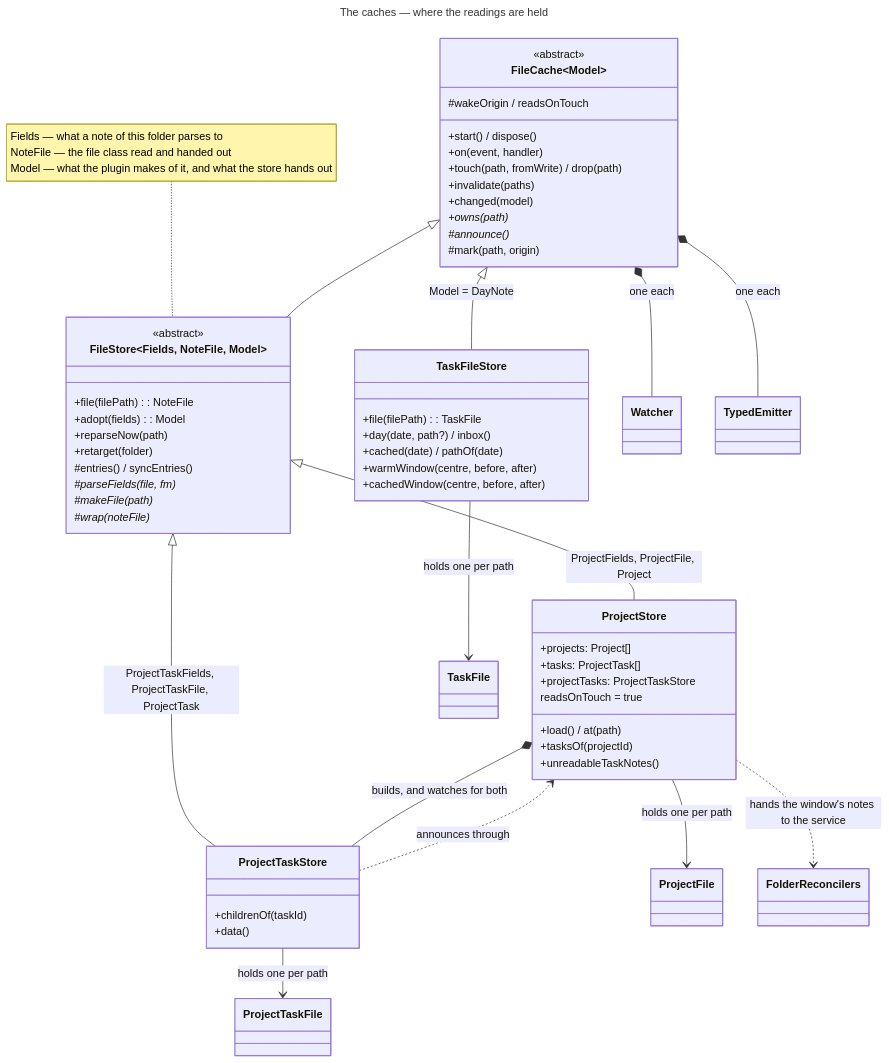
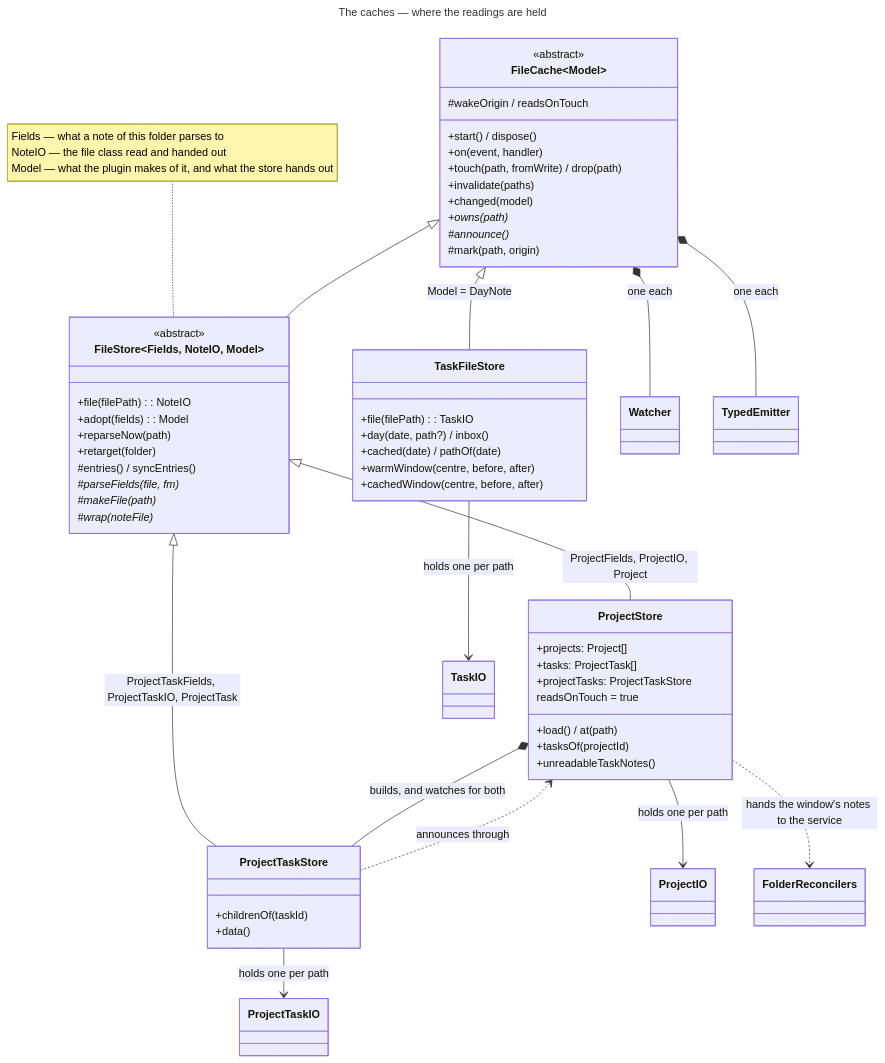
One commit to Laurent-Ferier/pm-compass changed the diagram in docs/technical/diagrams/stores.mmd. Above: the diagram before and after it, drawn with Mermaid. The commit also changed 70 other files, not shown here.

```diff
--- a/docs/technical/diagrams/stores.mmd
+++ b/docs/technical/diagrams/stores.mmd
@@ -1,69 +1,69 @@
 ---
 title: The caches — where the readings are held
 ---
 classDiagram
   direction TB
 
   class FileCache~Model~ {
     <<abstract>>
     +start() / dispose()
     +on(event, handler)
     +touch(path, fromWrite) / drop(path)
     +invalidate(paths)
     +changed(model)
     +owns(path)*
     #announce()*
     #mark(path, origin)
     #wakeOrigin / readsOnTouch
   }
 
-  class FileStore~Fields, NoteFile, Model~ {
+  class FileStore~Fields, NoteIO, Model~ {
     <<abstract>>
-    +file(filePath): NoteFile
+    +file(filePath): NoteIO
     +adopt(fields): Model
     +reparseNow(path)
     +retarget(folder)
     #entries() / syncEntries()
     #parseFields(file, fm)*
     #makeFile(path)*
     #wrap(noteFile)*
   }
 
   class ProjectStore {
     +projects: Project[]
     +tasks: ProjectTask[]
     +projectTasks: ProjectTaskStore
     +load() / at(path)
     +tasksOf(projectId)
     +unreadableTaskNotes()
     readsOnTouch = true
   }
 
   class ProjectTaskStore {
     +childrenOf(taskId)
     +data()
   }
 
   class TaskFileStore {
-    +file(filePath): TaskFile
+    +file(filePath): TaskIO
     +day(date, path?) / inbox()
     +cached(date) / pathOf(date)
     +warmWindow(centre, before, after)
     +cachedWindow(centre, before, after)
   }
 
-  note for FileStore "Fields — what a note of this folder parses to<br/>NoteFile — the file class read and handed out<br/>Model — what the plugin makes of it, and what the store hands out"
+  note for FileStore "Fields — what a note of this folder parses to<br/>NoteIO — the file class read and handed out<br/>Model — what the plugin makes of it, and what the store hands out"
 
   FileCache <|-- FileStore
   FileCache <|-- TaskFileStore : Model = DayNote
-  FileStore <|-- ProjectStore : ProjectFields, ProjectFile, Project
-  FileStore <|-- ProjectTaskStore : ProjectTaskFields, ProjectTaskFile, ProjectTask
+  FileStore <|-- ProjectStore : ProjectFields, ProjectIO, Project
+  FileStore <|-- ProjectTaskStore : ProjectTaskFields, ProjectTaskIO, ProjectTask
 
   ProjectStore *-- ProjectTaskStore : builds, and watches for both
   FileCache *-- Watcher : one each
   FileCache *-- TypedEmitter : one each
-  ProjectStore --> ProjectFile : holds one per path
-  ProjectTaskStore --> ProjectTaskFile : holds one per path
-  TaskFileStore --> TaskFile : holds one per path
+  ProjectStore --> ProjectIO : holds one per path
+  ProjectTaskStore --> ProjectTaskIO : holds one per path
+  TaskFileStore --> TaskIO : holds one per path
   ProjectTaskStore ..> ProjectStore : announces through
   ProjectStore ..> FolderReconcilers : hands the window's notes to the service
```
